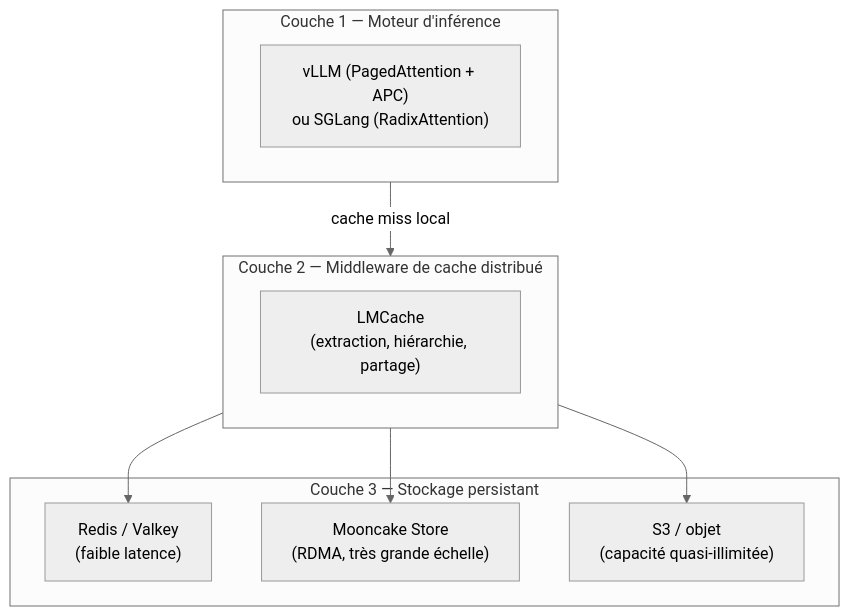
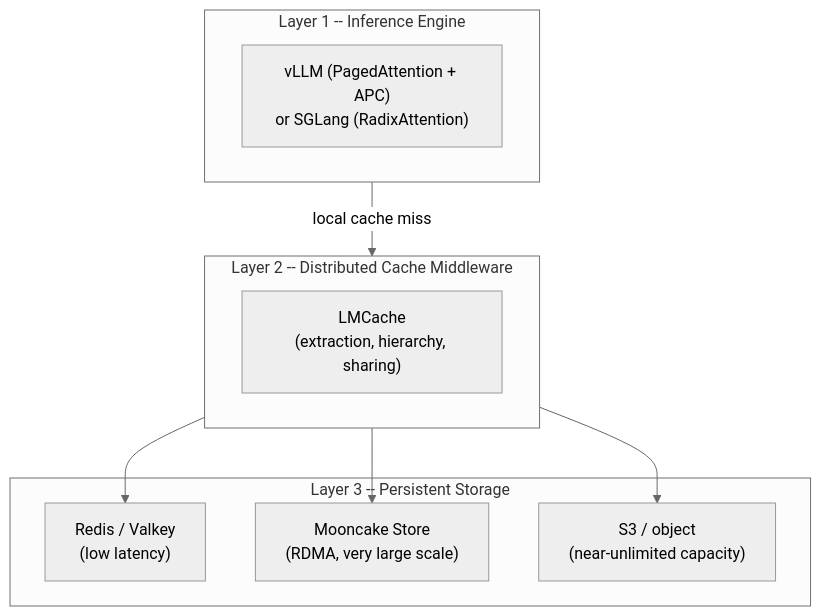
The fifth of 9 diagrams in docs/explain/bible-kv-cache.md (ADORSYS-GIS/Custom-Ai-Ops), drawn with Mermaid (neutral theme) before and after one commit. The commit also changed other lines of this file and 25 other files, not shown here.

````diff
--- a/docs/explain/bible-kv-cache.md
+++ b/docs/explain/bible-kv-cache.md
@@ -352,18 +352,18 @@
 ```mermaid
 flowchart TB
-    subgraph Moteur["Couche 1 — Moteur d'inférence"]
-        VLLM["vLLM (PagedAttention + APC)\nou SGLang (RadixAttention)"]
+    subgraph Engine["Layer 1 -- Inference Engine"]
+        VLLM["vLLM (PagedAttention + APC)\nor SGLang (RadixAttention)"]
     end
-    subgraph Middleware["Couche 2 — Middleware de cache distribué"]
-        LMC["LMCache\n(extraction, hiérarchie, partage)"]
+    subgraph Middleware["Layer 2 -- Distributed Cache Middleware"]
+        LMC["LMCache\n(extraction, hierarchy, sharing)"]
     end
-    subgraph Stockage["Couche 3 — Stockage persistant"]
-        REDIS["Redis / Valkey\n(faible latence)"]
-        MOON["Mooncake Store\n(RDMA, très grande échelle)"]
-        S3["S3 / objet\n(capacité quasi-illimitée)"]
+    subgraph Storage["Layer 3 -- Persistent Storage"]
+        REDIS["Redis / Valkey\n(low latency)"]
+        MOON["Mooncake Store\n(RDMA, very large scale)"]
+        S3["S3 / object\n(near-unlimited capacity)"]
     end
-    Moteur -->|"cache miss local"| Middleware
+    Engine -->|"local cache miss"| Middleware
     Middleware --> REDIS
     Middleware --> MOON
     Middleware --> S3
 ```
````
